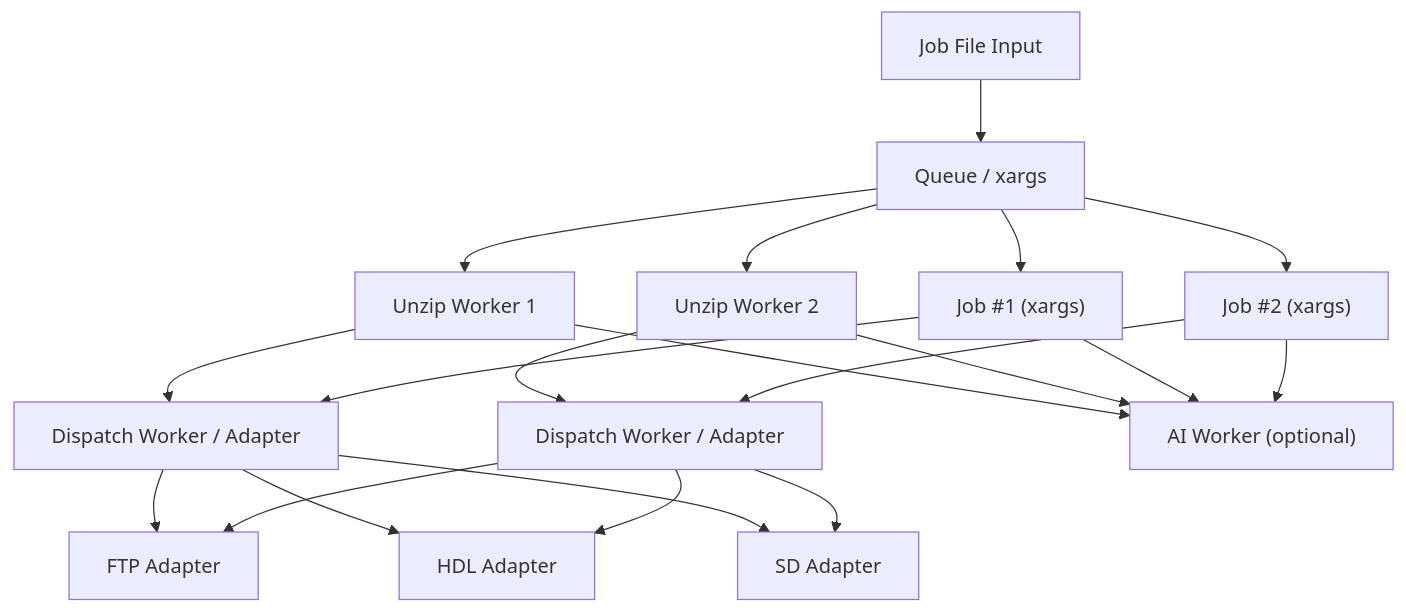
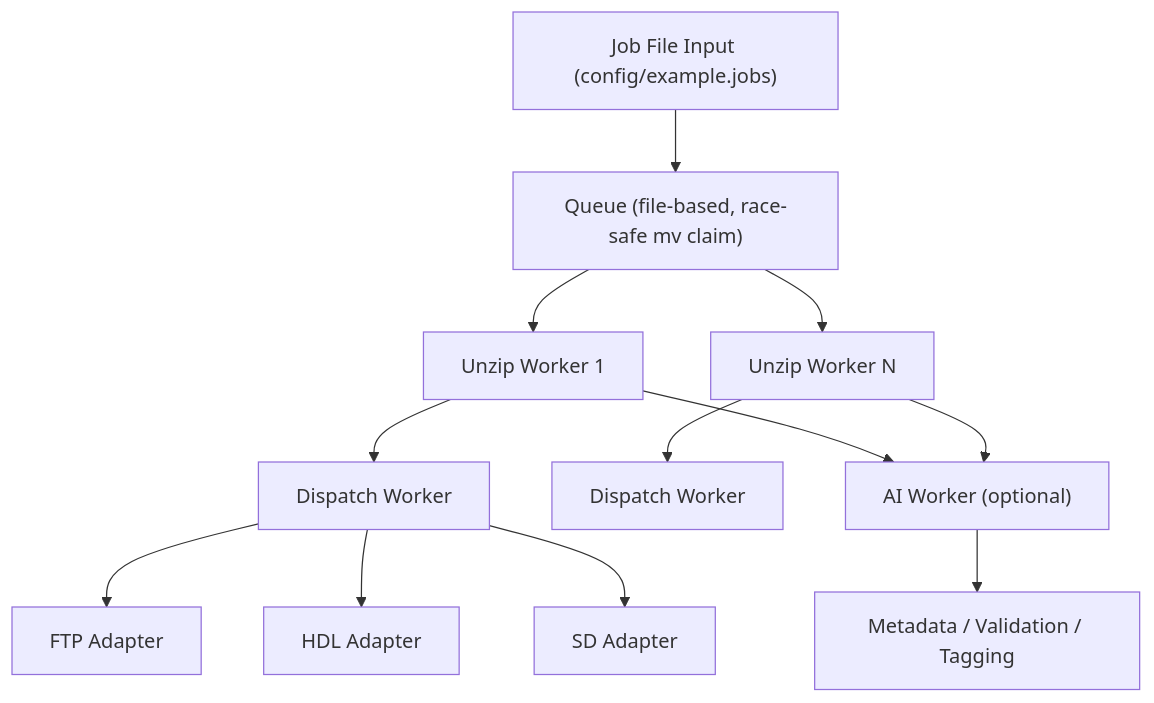
Before and after one commit to patrickfcarey/loadout-pipeline: the fifth of 5 diagrams in ai_agent_entry_point.md, drawn with Mermaid. The commit also changed other lines of this file and 19 other files, not shown here.

````diff
--- a/ai_agent_entry_point.md
+++ b/ai_agent_entry_point.md
@@ -118,22 +111,14 @@
 ```mermaid
 flowchart TD
-A["Job File Input"] --> B["Queue / xargs"]
+A["Job File Input (config/example.jobs)"] --> B["Queue (file-based, race-safe mv claim)"]
 B --> C1["Unzip Worker 1"]
-B --> C2["Unzip Worker 2"]
-B --> X1["Job #1 (xargs)"]
-B --> X2["Job #2 (xargs)"]
-C1 --> D1["Dispatch Worker / Adapter"]
-C2 --> D2["Dispatch Worker / Adapter"]
-X1 --> D1
-X2 --> D2
-D1 --> F1["FTP Adapter"]
-D1 --> F2["HDL Adapter"]
-D1 --> F3["SD Adapter"]
-D2 --> F1
-D2 --> F2
-D2 --> F3
-C1 --> AI["AI Worker (optional)"]
-C2 --> AI
-X1 --> AI
-X2 --> AI
+B --> C2["Unzip Worker N"]
+C1 --> D1["Dispatch Worker"]
+C2 --> D2["Dispatch Worker"]
+D1 --> E1["FTP Adapter"]
+D1 --> E2["HDL Adapter"]
+D1 --> E3["SD Adapter"]
+C1 --> F["AI Worker (optional)"]
+C2 --> F
+F --> G["Metadata / Validation / Tagging"]
 ```
````
